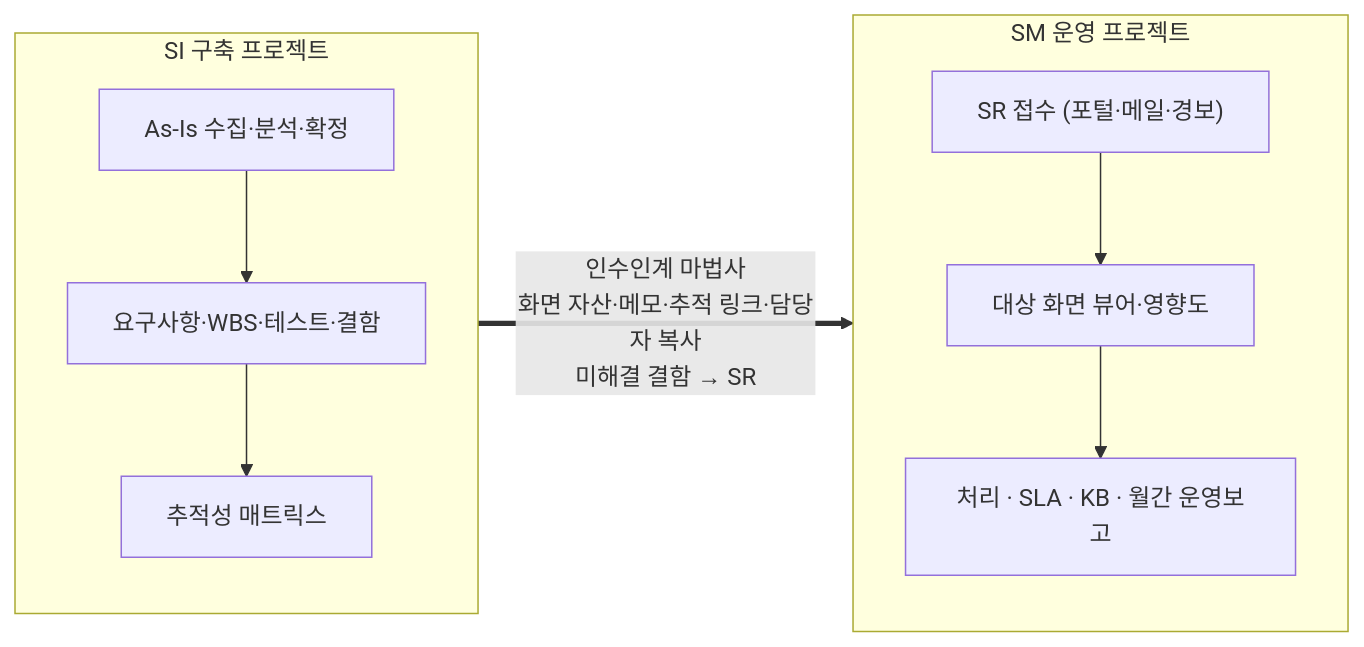
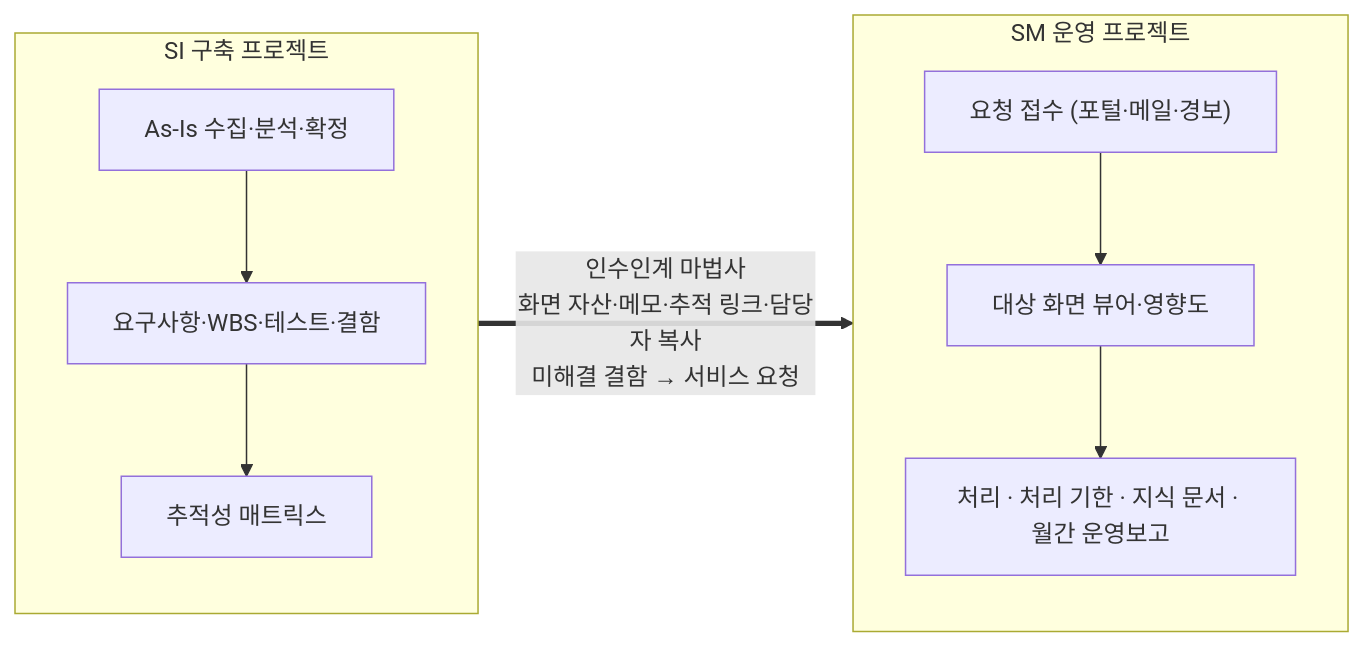
The diagram in pmsx/handover.md (Malburi/hnix-ax-site), drawn with Mermaid before and after one commit. The commit also changed other lines of this file and 42 other files, not shown here.

````diff
--- a/pmsx/handover.md
+++ b/pmsx/handover.md
@@ -5,12 +5,12 @@
 ```mermaid
 flowchart LR
     subgraph SI["SI 구축 프로젝트"]
         A1["As-Is 수집·분석·확정"] --> A2["요구사항·WBS·테스트·결함"]
         A2 --> A3["추적성 매트릭스"]
     end
-    SI == "인수인계 마법사<br/>화면 자산·메모·추적 링크·담당자 복사<br/>미해결 결함 → SR" ==> SMP
+    SI == "인수인계 마법사<br/>화면 자산·메모·추적 링크·담당자 복사<br/>미해결 결함 → 서비스 요청" ==> SMP
     subgraph SMP["SM 운영 프로젝트"]
-        B1["SR 접수 (포털·메일·경보)"] --> B2["대상 화면 뷰어·영향도"]
-        B2 --> B3["처리 · SLA · KB · 월간 운영보고"]
+        B1["요청 접수 (포털·메일·경보)"] --> B2["대상 화면 뷰어·영향도"]
+        B2 --> B3["처리 · 처리 기한 · 지식 문서 · 월간 운영보고"]
     end
 ```
````
